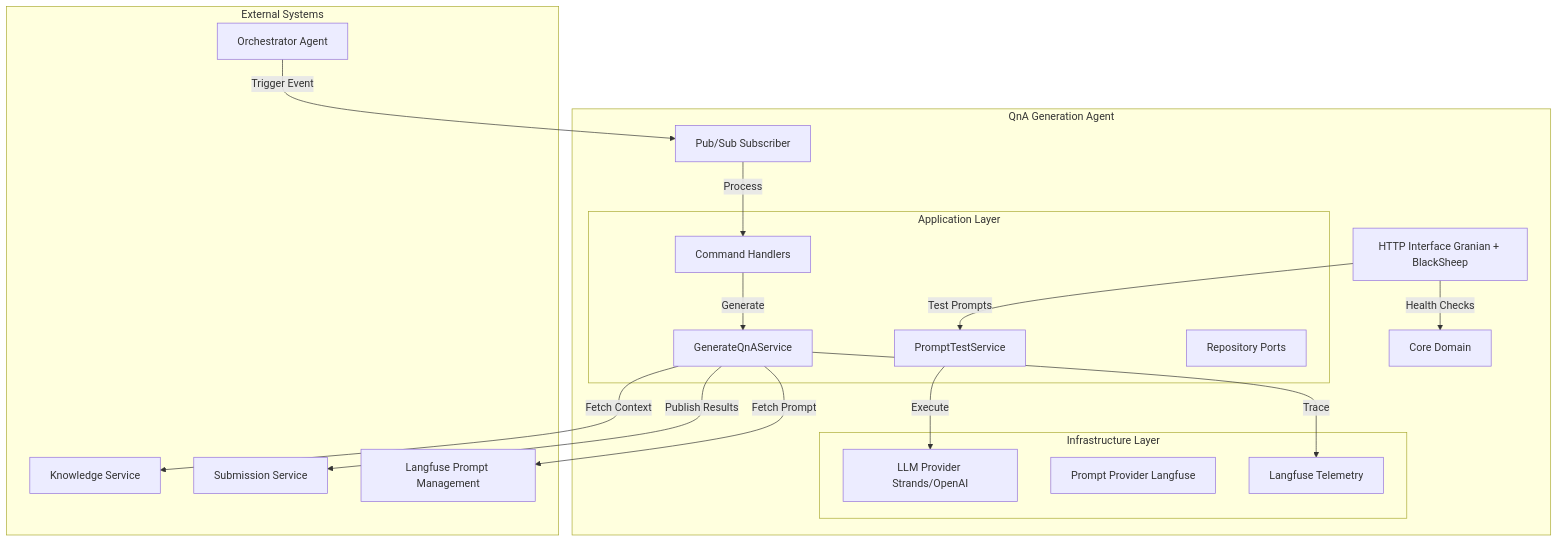
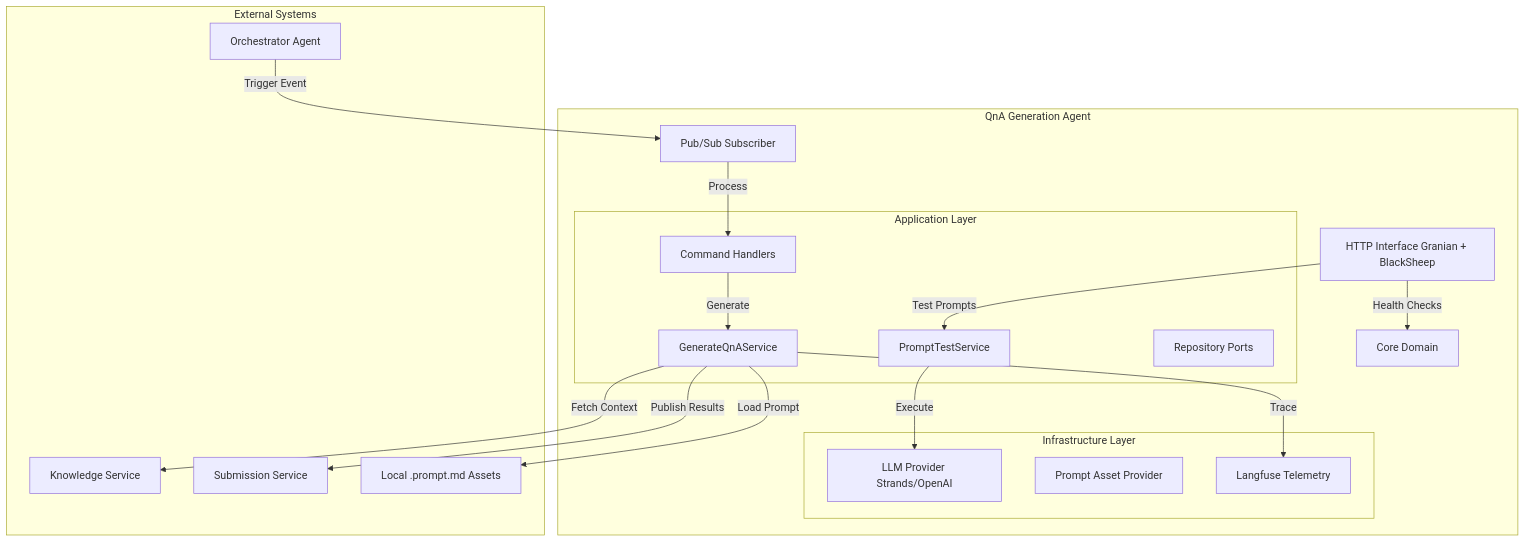
One commit to assessorflow/neo-qna-generation-agent changed the first of 3 diagrams in README.md. Above: the diagram before and after it, drawn with Mermaid. The commit also changed other lines of this file and 27 other files, not shown here.

First line of the commit message:
feat(prompts): migrate from langfuse to local prompt provider for 3-prompt workflow

````diff
--- a/README.md
+++ b/README.md
@@ -11,39 +11,39 @@
 ```mermaid
 flowchart TB
     subgraph "External Systems"
         Orchestrator[Orchestrator Agent]
         Knowledge[Knowledge Service]
         Submission[Submission Service]
-        Langfuse[Langfuse Prompt Management]
+        Prompts[Local .prompt.md Assets]
     end
 
     subgraph "QnA Generation Agent"
         HTTP[HTTP Interface Granian + BlackSheep]
         PubSub[Pub/Sub Subscriber]
         Core[Core Domain]
 
         subgraph "Application Layer"
             Commands[Command Handlers]
             Services[GenerateQnAService]
             PromptTest[PromptTestService]
             Ports[Repository Ports]
         end
 
         subgraph "Infrastructure Layer"
             LLM[LLM Provider Strands/OpenAI]
-            PromptProvider[Prompt Provider Langfuse]
+            PromptProvider[Prompt Asset Provider]
             Telemetry[Langfuse Telemetry]
         end
     end
 
     Orchestrator -->|Trigger Event| PubSub
     PubSub -->|Process| Commands
     Commands -->|Generate| Services
-    Services -->|Fetch Prompt| Langfuse
+    Services -->|Load Prompt| Prompts
     Services -->|Fetch Context| Knowledge
     Services -->|Publish Results| Submission
     Services -->|Trace| Telemetry
     HTTP -->|Health Checks| Core
     HTTP -->|Test Prompts| PromptTest
     PromptTest -->|Execute| LLM
 ```
````
